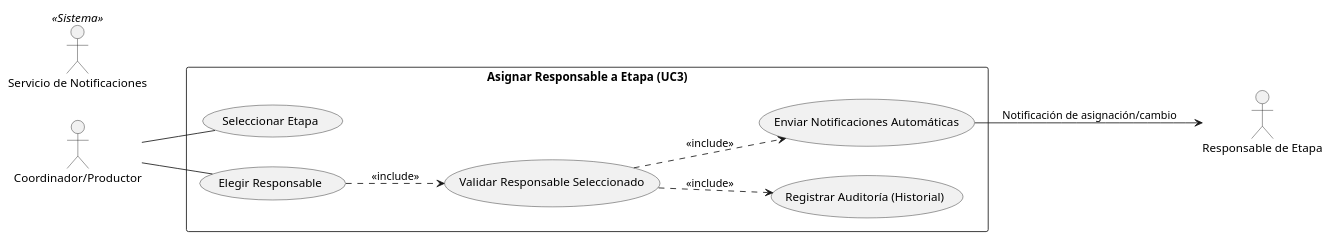
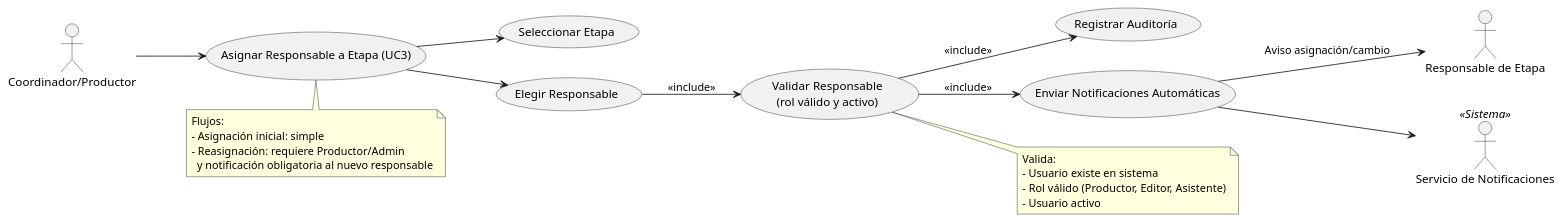
The diagram in diagramas/02-casos-de-uso/02-caso-uso-asignar-responsable-etapa-03.puml (GonzaloBarbano/SistemaProductoraVideos), drawn with PlantUML before and after one commit. The commit also changed other lines of this file and 11 other files, not shown here.

Commit message:
Correccion diagramas

```diff
--- a/diagramas/02-casos-de-uso/02-caso-uso-asignar-responsable-etapa-03.puml
+++ b/diagramas/02-casos-de-uso/02-caso-uso-asignar-responsable-etapa-03.puml
@@ -1,28 +1,42 @@
 @startuml
 left to right direction
 
 actor "Coordinador/Productor" as Prod
 actor "Responsable de Etapa" as Resp
 actor "Servicio de Notificaciones" as Notif <<Sistema>>
 
-rectangle "Asignar Responsable a Etapa (UC3)" {
-    usecase "Seleccionar Etapa" as SeleccionarEtapa
-    usecase "Elegir Responsable" as ElegirResp
-    usecase "Validar Responsable Seleccionado" as ValidaResp
-    usecase "Registrar Auditoría (Historial)" as RegAudit
-    usecase "Enviar Notificaciones Automáticas" as UC5
-}
+usecase "Asignar Responsable a Etapa (UC3)" as UC3
+usecase "Seleccionar Etapa" as SeleccionarEtapa
+usecase "Elegir Responsable" as ElegirResp
+usecase "Validar Responsable\n(rol válido y activo)" as ValidaResp
+usecase "Registrar Auditoría" as Audit
+usecase "Enviar Notificaciones Automáticas" as UC5
 
-' Asociaciones principales
-Prod -- SeleccionarEtapa
-Prod -- ElegirResp
+' Relaciones de actores
+Prod --> UC3
+UC3 --> SeleccionarEtapa
+UC3 --> ElegirResp
 
-' Relaciones de inclusión (flujos obligatorios)
-ElegirResp ..> ValidaResp : <<include>>
-ValidaResp ..> RegAudit : <<include>>
-ValidaResp ..> UC5 : <<include>>
+' Relaciones entre casos de uso
+ElegirResp --> ValidaResp : <<include>>
+ValidaResp --> Audit : <<include>>
+ValidaResp --> UC5 : <<include>>
 
-' Notificación al Responsable asignado
-UC5 --> Resp : Notificación de asignación/cambio
+UC5 --> Resp : Aviso asignación/cambio
+UC5 --> Notif
 
+' Notas explicativas
+note right of ValidaResp
+  Valida:
+  - Usuario existe en sistema
+  - Rol válido (Productor, Editor, Asistente)
+  - Usuario activo
+end note
+
+note bottom of UC3
+  Flujos:
+  - Asignación inicial: simple
+  - Reasignación: requiere Productor/Admin
+    y notificación obligatoria al nuevo responsable
+end note
 @enduml
```
